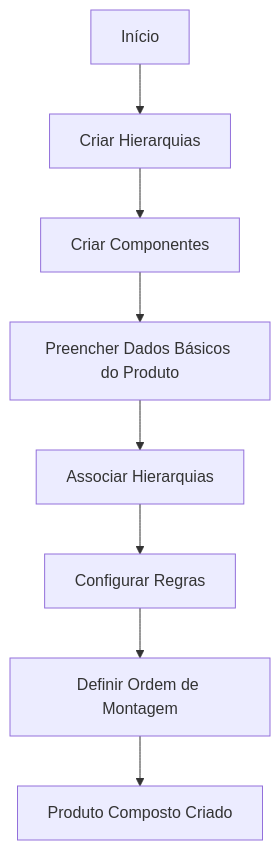
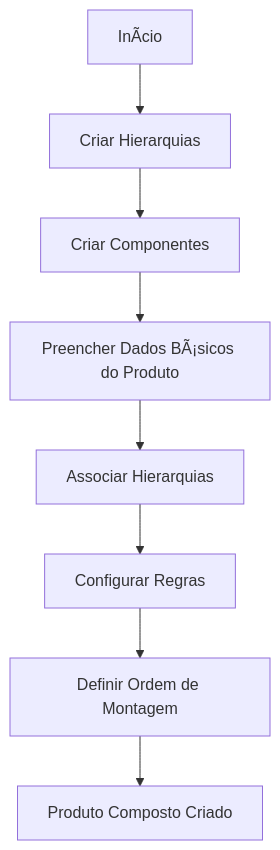
One commit to igor-spalenza/GesN changed the second of 5 diagrams in GesN.Web/Context/DOMAIN CONTEXTS/README.md. Above: the diagram before and after it, drawn with Mermaid. The commit also changed other lines of this file and 93 other files, not shown here.

````diff
--- a/GesN.Web/Context/DOMAIN CONTEXTS/README.md
+++ b/GesN.Web/Context/DOMAIN CONTEXTS/README.md
@@ -403,10 +403,10 @@
 ```mermaid
 graph TD
-    A[Início] --> B[Criar Hierarquias]
+    A[InÃ­cio] --> B[Criar Hierarquias]
     B --> C[Criar Componentes]
-    C --> D[Preencher Dados Básicos do Produto]
+    C --> D[Preencher Dados BÃ¡sicos do Produto]
     D --> E[Associar Hierarquias]
     E --> F[Configurar Regras]
     F --> G[Definir Ordem de Montagem]
     G --> H[Produto Composto Criado]
 ```
````
